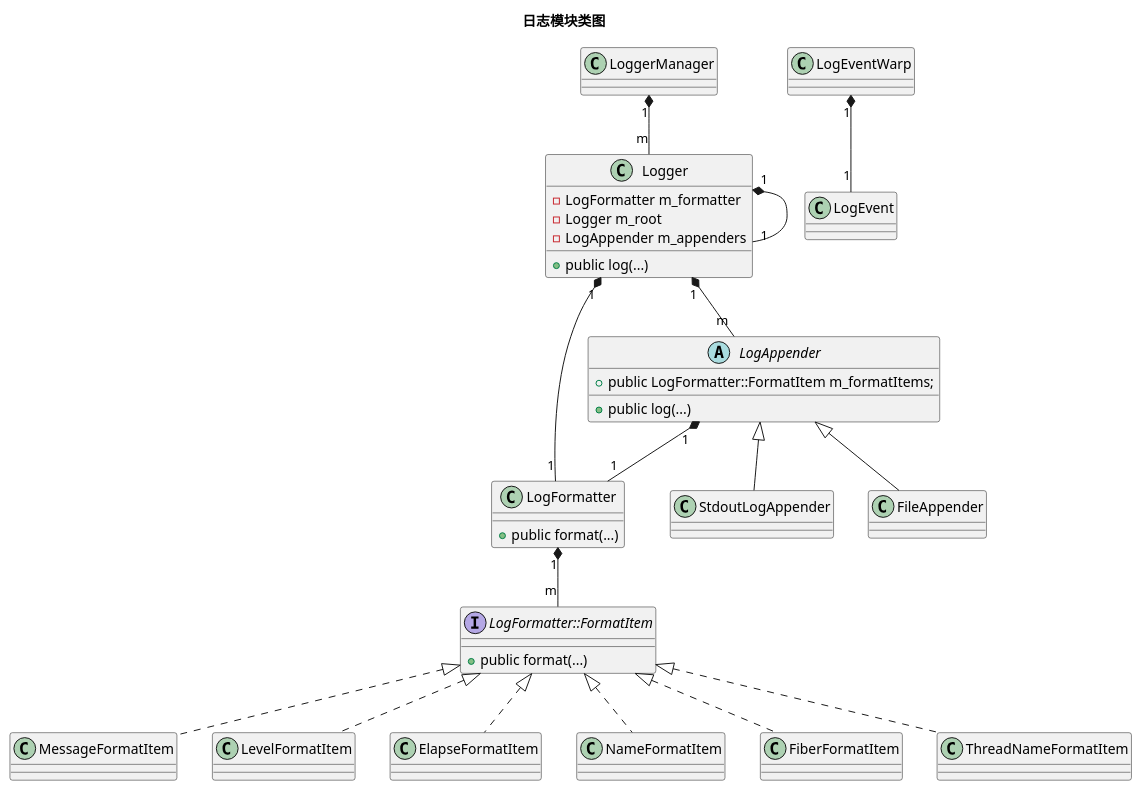
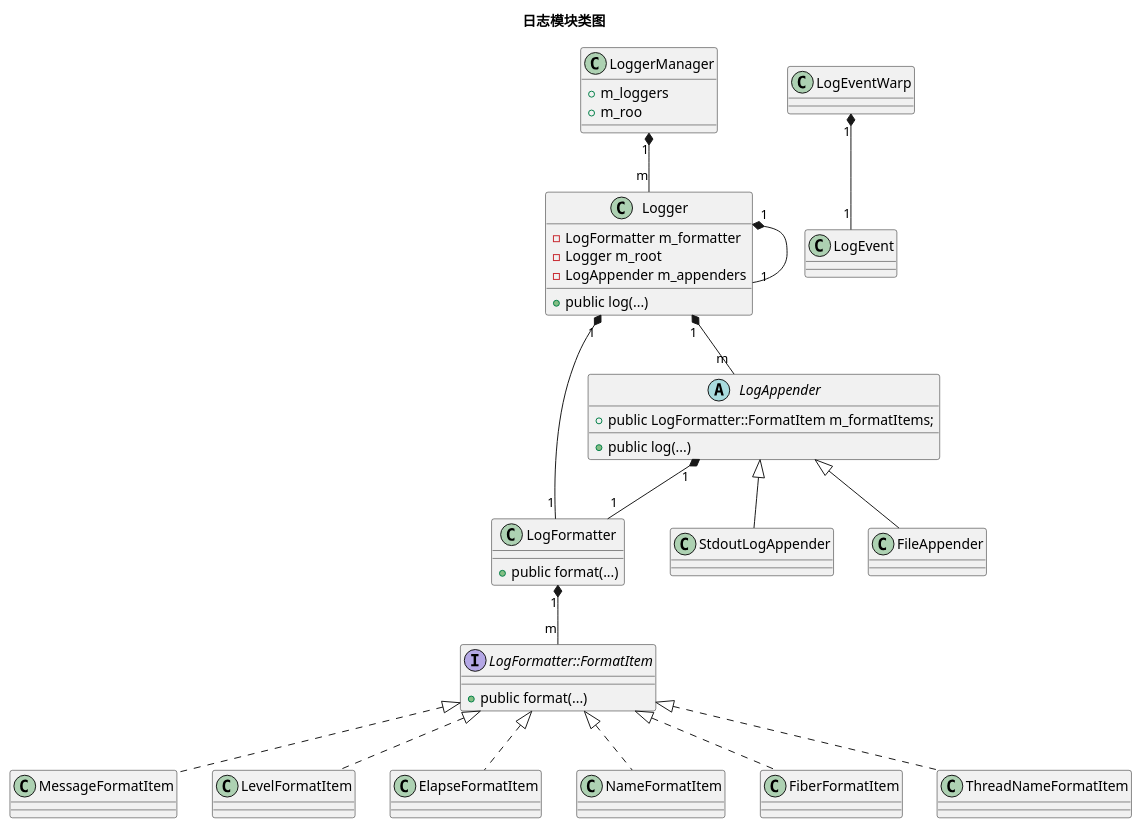
The diagram in doc/log.puml (Kinvy66/KServer), drawn with PlantUML before and after one commit. The commit also changed 11 other files, not shown here.

```diff
--- a/doc/log.puml
+++ b/doc/log.puml
@@ -1,46 +1,49 @@
 @startuml
 
 title 日志模块类图
 
-class LoggerManager
+class LoggerManager {
++m_loggers
++m_roo
+}
 class Logger {
     -LogFormatter m_formatter
     -Logger m_root
     -LogAppender m_appenders
 
     +public log(...)
 }
 class LogEventWarp
 class LogEvent
 class LogFormatter {
     +public format(...)
 }
 abstract LogAppender {
     +public LogFormatter::FormatItem m_formatItems;
     +public log(...)
 }
 class StdoutLogAppender
 class FileAppender
 interface LogFormatter::FormatItem {
     +public format(...)
 }
 class MessageFormatItem implements LogFormatter::FormatItem
 class LevelFormatItem implements LogFormatter::FormatItem
 class ElapseFormatItem implements LogFormatter::FormatItem
 class NameFormatItem implements LogFormatter::FormatItem
 class FiberFormatItem implements LogFormatter::FormatItem
 class ThreadNameFormatItem implements LogFormatter::FormatItem
 
 
 LoggerManager "1" *-- "m" Logger
 Logger "1" *-- "1" Logger
 Logger "1" *-- "1" LogFormatter
 Logger "1" *-- "m" LogAppender
 LogAppender  "1" *-- "1" LogFormatter
 LogAppender  <|-- StdoutLogAppender
 LogAppender  <|-- FileAppender
 LogFormatter "1" *-- "m" LogFormatter::FormatItem
 LogEventWarp "1" *-- "1" LogEvent
 
 
 @enduml
```
